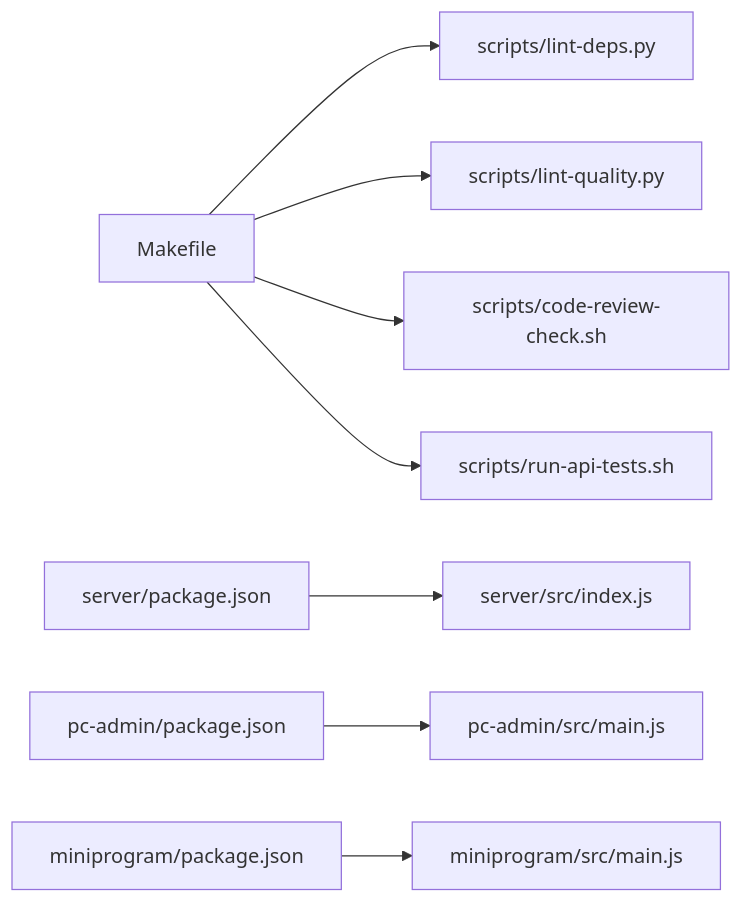
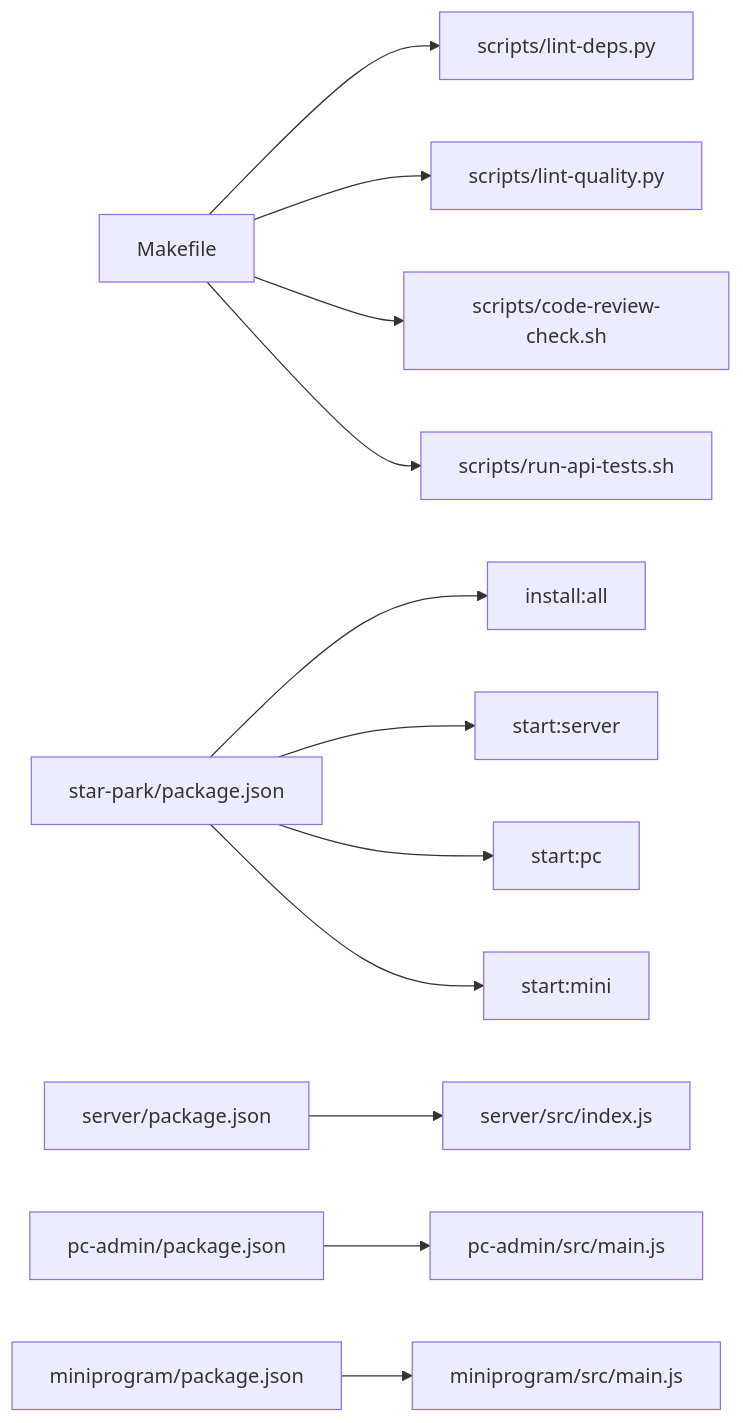
The eighth of 8 diagrams in .qoder/repowiki/zh/content/开发者指南.md (dawny123123/StarParadise), drawn with Mermaid before and after one commit. The commit also changed other lines of this file and 229 other files, not shown here.

````diff
--- a/.qoder/repowiki/zh/content/开发者指南.md
+++ b/.qoder/repowiki/zh/content/开发者指南.md
@@ -323,10 +368,14 @@
 ```mermaid
 graph LR
 M["Makefile"] --> S1["scripts/lint-deps.py"]
 M --> S2["scripts/lint-quality.py"]
 M --> S3["scripts/code-review-check.sh"]
 M --> S4["scripts/run-api-tests.sh"]
+SP["star-park/package.json"] --> SAll["install:all"]
+SP --> SServer["start:server"]
+SP --> SPC["start:pc"]
+SP --> SMini["start:mini"]
 SV["server/package.json"] --> Srv["server/src/index.js"]
-SP["pc-admin/package.json"] --> Pcm["pc-admin/src/main.js"]
+SPcm["pc-admin/package.json"] --> Pcm["pc-admin/src/main.js"]
 SM["miniprogram/package.json"] --> Mini["miniprogram/src/main.js"]
 ```
````
